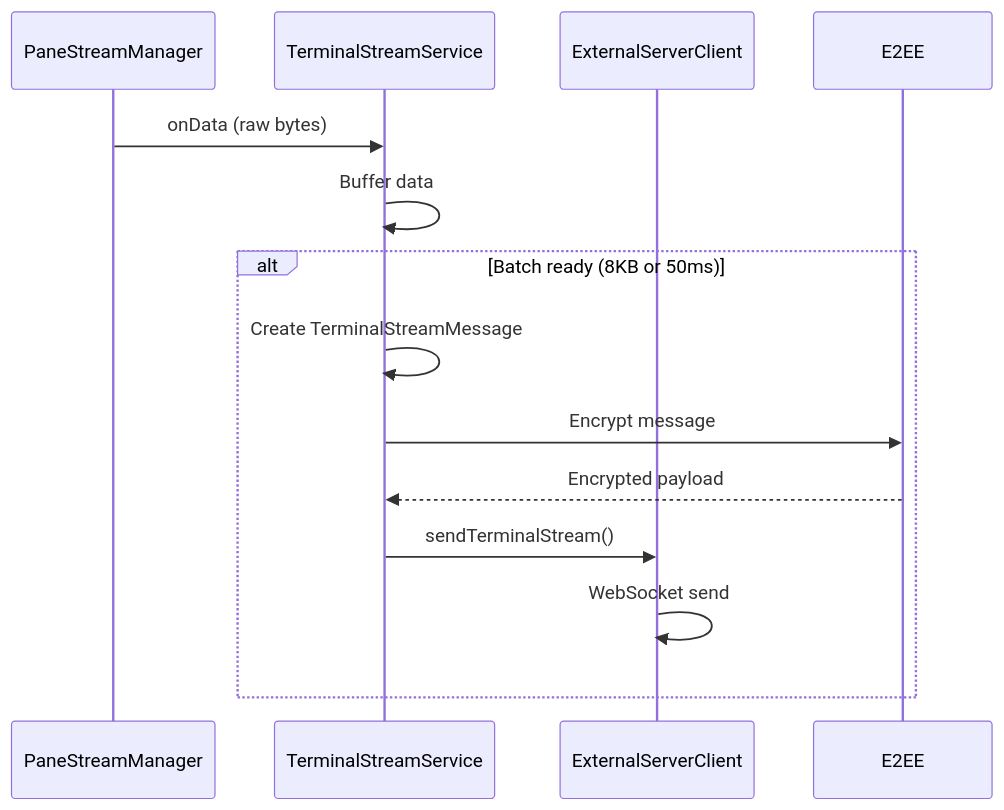
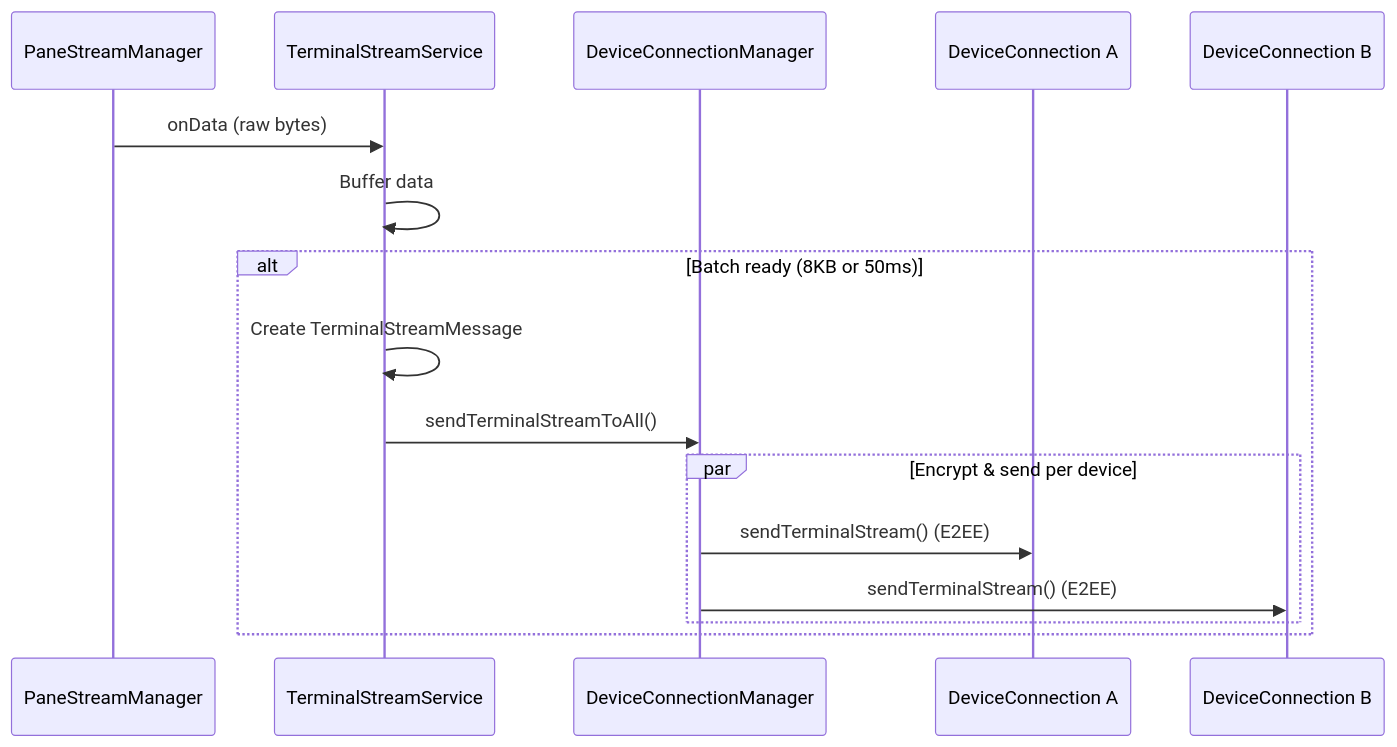
The sixth of 12 diagrams in docs/streaming-architecture.md (gpambrozio/Gallager), drawn with Mermaid before and after one commit. The commit also changed other lines of this file and 15 other files, not shown here.

````diff
--- a/docs/streaming-architecture.md
+++ b/docs/streaming-architecture.md
@@ -134,18 +134,20 @@
 ```mermaid
 sequenceDiagram
     participant PSM as PaneStreamManager
     participant TSS as TerminalStreamService
-    participant ESC as ExternalServerClient
-    participant E2E as E2EE
+    participant DCM as DeviceConnectionManager
+    participant DC1 as DeviceConnection A
+    participant DC2 as DeviceConnection B
 
     PSM->>TSS: onData (raw bytes)
     TSS->>TSS: Buffer data
 
     alt Batch ready (8KB or 50ms)
         TSS->>TSS: Create TerminalStreamMessage
-        TSS->>E2E: Encrypt message
-        E2E-->>TSS: Encrypted payload
-        TSS->>ESC: sendTerminalStream()
-        ESC->>ESC: WebSocket send
+        TSS->>DCM: sendTerminalStreamToAll()
+        par Encrypt & send per device
+            DCM->>DC1: sendTerminalStream() (E2EE)
+            DCM->>DC2: sendTerminalStream() (E2EE)
+        end
     end
 ```
````
